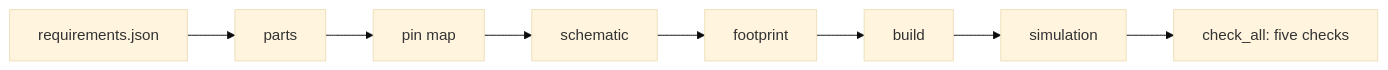
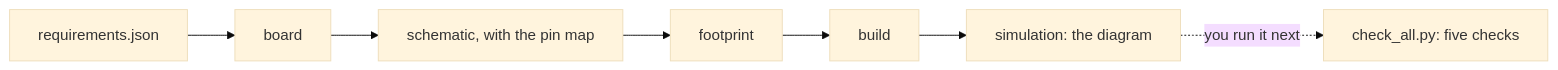
Before and after one commit to xmejkal/spark: the diagram in docs/guide/how-it-works.md, drawn with Mermaid (base theme). The commit also changed other lines of this file and 15 other files, not shown here.

````diff
--- a/docs/guide/how-it-works.md
+++ b/docs/guide/how-it-works.md
@@ -12,6 +19,6 @@
 ```mermaid
 flowchart LR
-    req["requirements.json"] --> parts["parts"] --> pins["pin map"] --> sch["schematic"]
-    sch --> fp["footprint"] --> build["build"] --> sim["simulation"]
-    sim --> checks["check_all: five checks"]
+    req["requirements.json"] --> board["board"] --> sch["schematic, with the pin map"]
+    sch --> fp["footprint"] --> build["build"] --> sim["simulation: the diagram"]
+    sim -. you run it next .-> checks["check_all.py: five checks"]
 ```
````
